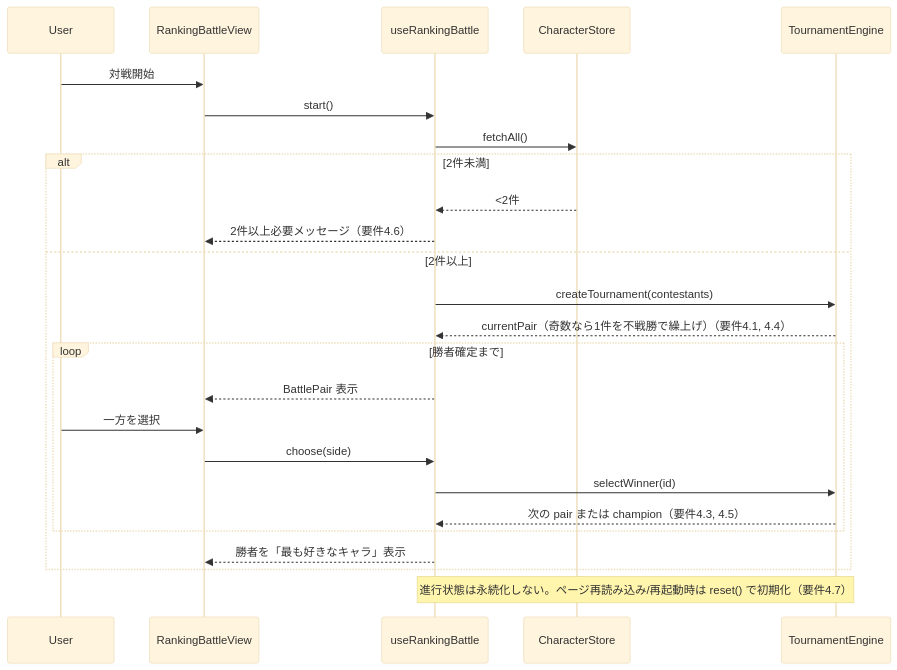
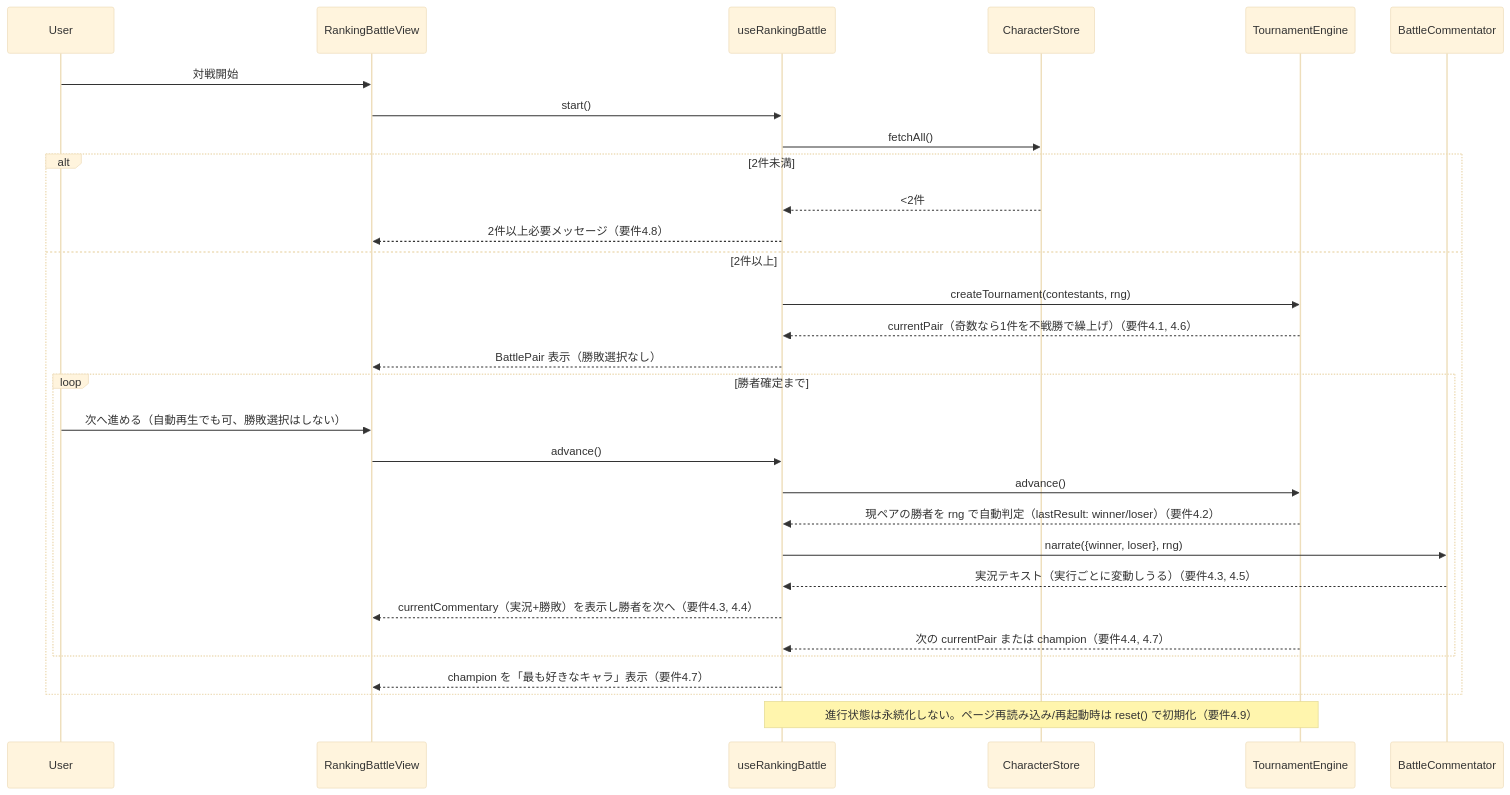
One commit to fujimotoyus/FriendAPP changed the fourth of 4 diagrams in .kiro/specs/chara-collection/design.md. Above: the diagram before and after it, drawn with Mermaid (base theme). The commit also changed other lines of this file and 13 other files, not shown here.

````diff
--- a/.kiro/specs/chara-collection/design.md
+++ b/.kiro/specs/chara-collection/design.md
@@ -427,28 +445,33 @@
 ```mermaid
 sequenceDiagram
     participant U as User
     participant BV as RankingBattleView
     participant H as useRankingBattle
     participant ST as CharacterStore
     participant TE as TournamentEngine
+    participant CO as BattleCommentator
 
     U->>BV: 対戦開始
     BV->>H: start()
     H->>ST: fetchAll()
     alt 2件未満
         ST-->>H: <2件
-        H-->>BV: 2件以上必要メッセージ（要件4.6）
+        H-->>BV: 2件以上必要メッセージ（要件4.8）
     else 2件以上
-        H->>TE: createTournament(contestants)
-        TE-->>H: currentPair（奇数なら1件を不戦勝で繰上げ）（要件4.1, 4.4）
+        H->>TE: createTournament(contestants, rng)
+        TE-->>H: currentPair（奇数なら1件を不戦勝で繰上げ）（要件4.1, 4.6）
+        H-->>BV: BattlePair 表示（勝敗選択なし）
         loop 勝者確定まで
-            H-->>BV: BattlePair 表示
-            U->>BV: 一方を選択
-            BV->>H: choose(side)
-            H->>TE: selectWinner(id)
-            TE-->>H: 次の pair または champion（要件4.3, 4.5）
+            U->>BV: 次へ進める（自動再生でも可、勝敗選択はしない）
+            BV->>H: advance()
+            H->>TE: advance()
+            TE-->>H: 現ペアの勝者を rng で自動判定（lastResult: winner/loser）（要件4.2）
+            H->>CO: narrate({winner, loser}, rng)
+            CO-->>H: 実況テキスト（実行ごとに変動しうる）（要件4.3, 4.5）
+            H-->>BV: currentCommentary（実況+勝敗）を表示し勝者を次へ（要件4.3, 4.4）
+            TE-->>H: 次の currentPair または champion（要件4.4, 4.7）
         end
-        H-->>BV: 勝者を「最も好きなキャラ」表示
+        H-->>BV: champion を「最も好きなキャラ」表示（要件4.7）
     end
-    Note over H,TE: 進行状態は永続化しない。ページ再読み込み/再起動時は reset() で初期化（要件4.7）
+    Note over H,TE: 進行状態は永続化しない。ページ再読み込み/再起動時は reset() で初期化（要件4.9）
 ```
````
